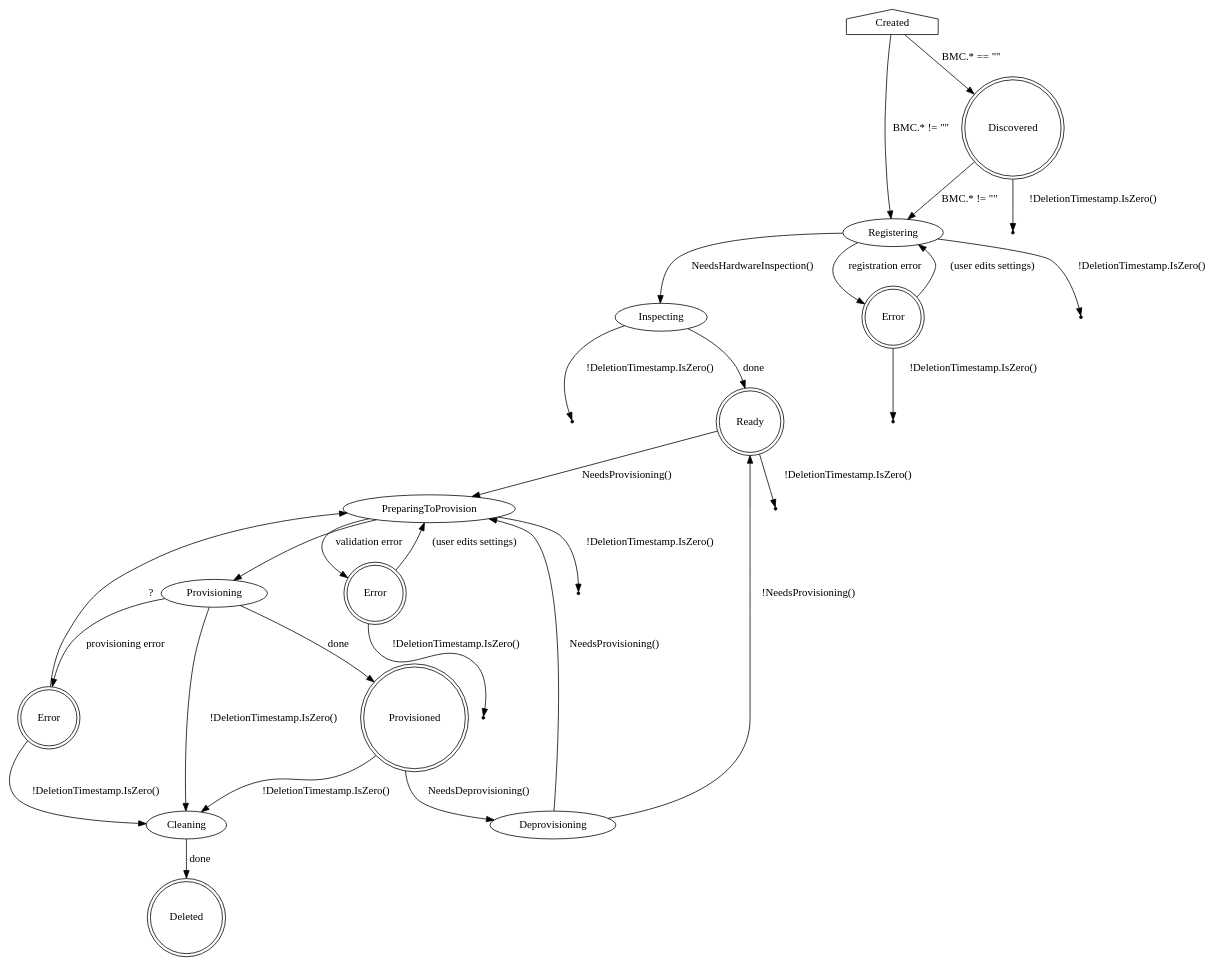
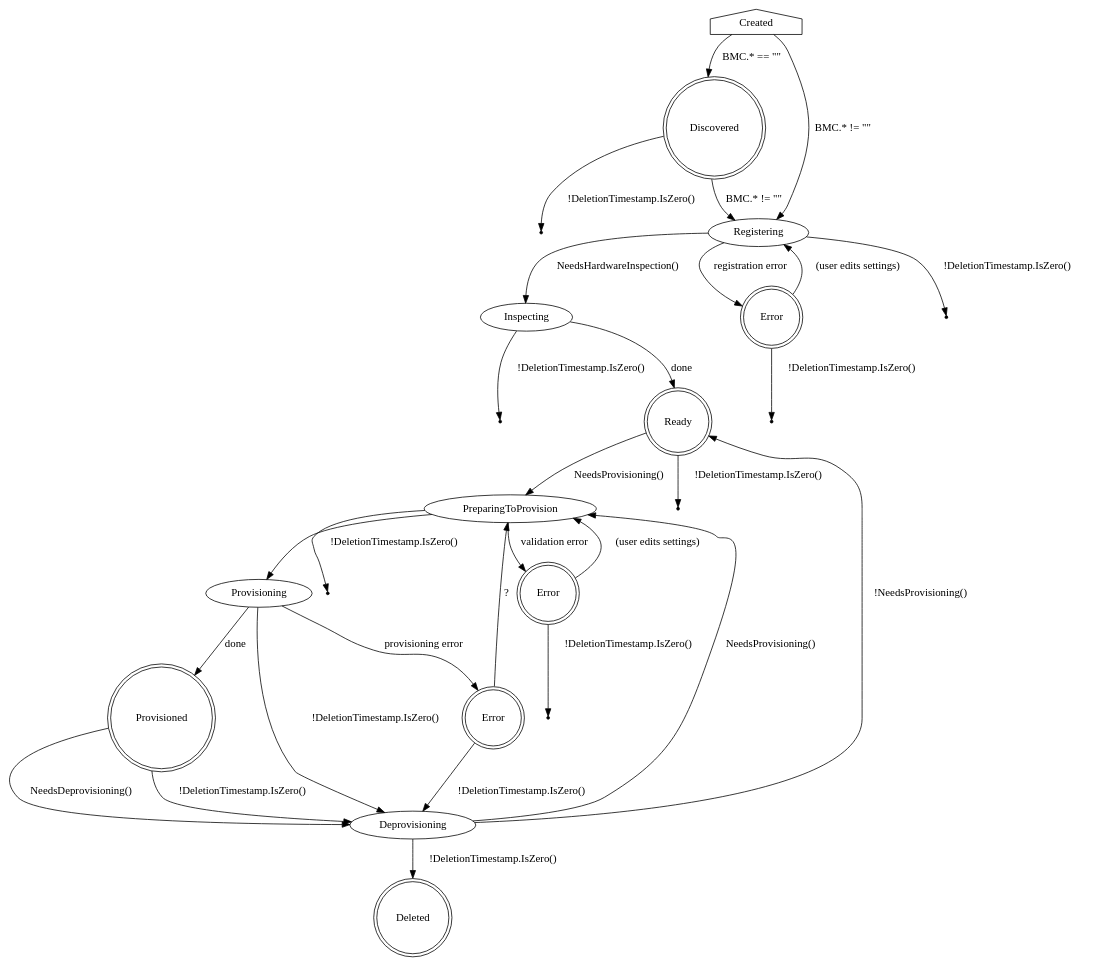
Before and after one commit to metal3-io/baremetal-operator: the diagram in docs/BaremetalHost_ProvisioningState.dot, drawn with Graphviz. The commit also changed 1 other file, not shown here.

Commit message:
remove cleaning state

```diff
--- a/docs/BaremetalHost_ProvisioningState.dot
+++ b/docs/BaremetalHost_ProvisioningState.dot
@@ -1,65 +1,64 @@
 digraph BaremetalHost {
     Created [shape=house]
     Created -> Discovered [label="BMC.* == \"\""]
     Created -> Registering [label="BMC.* != \"\""]
 
     Discovered [shape=doublecircle]
     Discovered -> Registering [label="BMC.* != \"\""]
     Discovered -> Deleted1 [label="!DeletionTimestamp.IsZero()"]
 
     Deleted1 [shape=point]
 
     Registering -> Inspecting [label="NeedsHardwareInspection()"]
     Registering -> RegistrationError [shape=doublecircle label="registration error"]
     Registering -> Deleted2 [label="!DeletionTimestamp.IsZero()"]
 
     Deleted2 [shape=point]
 
     Inspecting -> Ready [label="done"]
     Inspecting -> Deleted3 [label="!DeletionTimestamp.IsZero()"]
 
     Deleted3 [shape=point]
 
     RegistrationError [shape=doublecircle label="Error"]
     RegistrationError -> Registering [label="(user edits settings)"]
     RegistrationError -> Deleted4 [label="!DeletionTimestamp.IsZero()"]
 
     Deleted4 [shape=point]
 
     Ready [shape=doublecircle]
     Ready -> PreparingToProvision [label="NeedsProvisioning()"]
     Ready -> Deleted5 [label="!DeletionTimestamp.IsZero()"]
 
     Deleted5 [shape=point]
 
     PreparingToProvision -> ValidationError [label="validation error"]
     PreparingToProvision -> Provisioning
     PreparingToProvision -> Deleted6 [label="!DeletionTimestamp.IsZero()"]
 
     Deleted6 [shape=point]
 
     ValidationError [shape=doublecircle label="Error"]
     ValidationError -> PreparingToProvision [label="(user edits settings)"]
     ValidationError -> Deleted7 [label="!DeletionTimestamp.IsZero()"]
 
     Deleted7 [shape=point]
 
     Provisioning -> Provisioned [label=done]
     Provisioning -> ProvisioningError [label="provisioning error"]
-    Provisioning -> Cleaning [label="!DeletionTimestamp.IsZero()"]
-
-    Cleaning -> Deleted [label="done"]
+    Provisioning -> Deprovisioning [label="!DeletionTimestamp.IsZero()"]
 
     ProvisioningError [shape=doublecircle label="Error"]
     ProvisioningError -> PreparingToProvision [label="?"]
-    ProvisioningError -> Cleaning [label="!DeletionTimestamp.IsZero()"]
+    ProvisioningError -> Deprovisioning [label="!DeletionTimestamp.IsZero()"]
 
     Provisioned [shape=doublecircle]
     Provisioned -> Deprovisioning [label="NeedsDeprovisioning()"]
-    Provisioned -> Cleaning [label="!DeletionTimestamp.IsZero()"]
+    Provisioned -> Deprovisioning [label="!DeletionTimestamp.IsZero()"]
 
     Deprovisioning -> PreparingToProvision [label="NeedsProvisioning()"]
     Deprovisioning -> Ready [label="!NeedsProvisioning()"]
+    Deprovisioning -> Deleted [label="!DeletionTimestamp.IsZero()"]
 
     Deleted [shape=doublecircle]
 }
```
